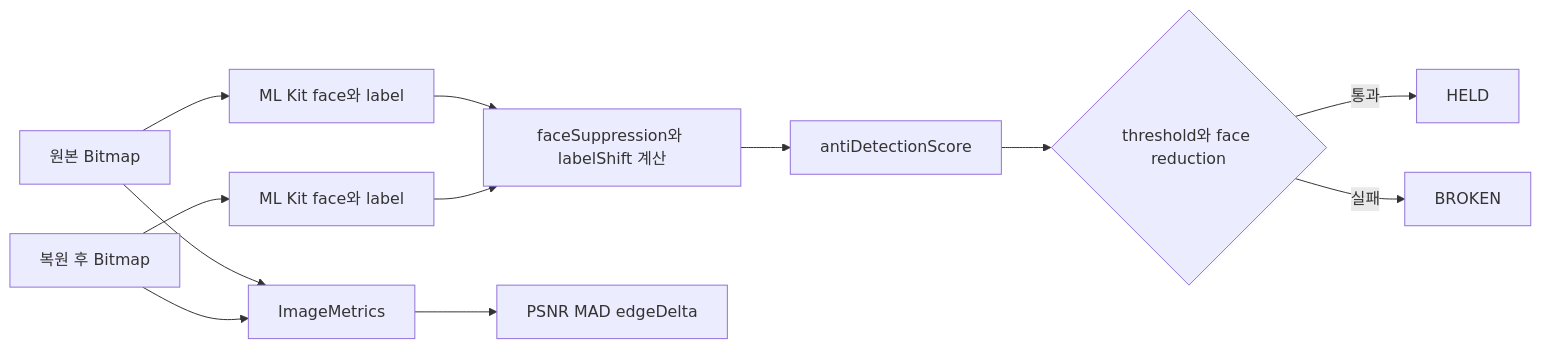
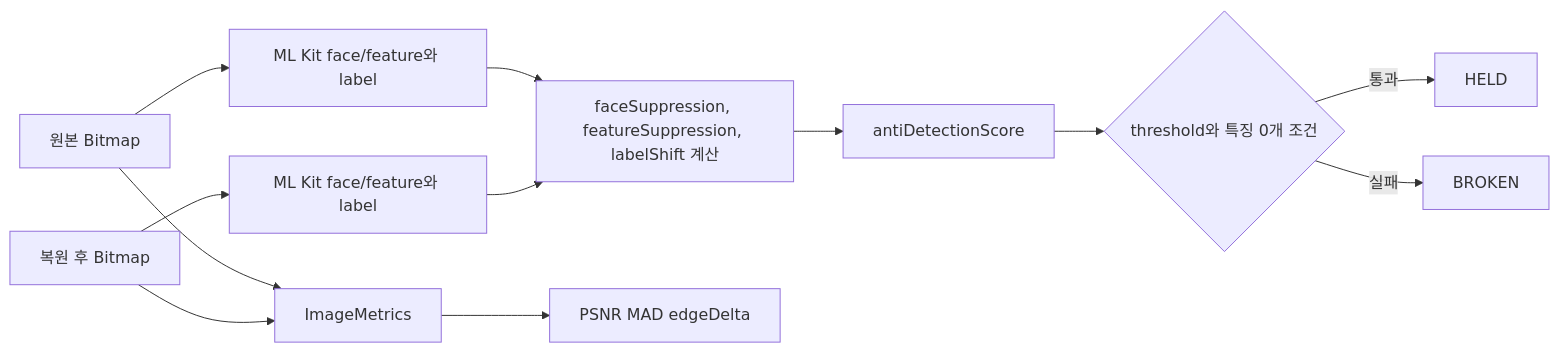
One commit to js4484821266/Haan-Ghil-Muulnaat changed the fourth of 6 diagrams in ABSORB.md. Above: the diagram before and after it, drawn with Mermaid. The commit also changed other lines of this file and 25 other files, not shown here.

````diff
--- a/ABSORB.md
+++ b/ABSORB.md
@@ -228,14 +229,14 @@
 ```mermaid
 flowchart LR
-    Original[원본 Bitmap] --> ML1[ML Kit face와 label]
-    Protected[복원 후 Bitmap] --> ML2[ML Kit face와 label]
-    ML1 --> Score[faceSuppression와 labelShift 계산]
+    Original[원본 Bitmap] --> ML1[ML Kit face/feature와 label]
+    Protected[복원 후 Bitmap] --> ML2[ML Kit face/feature와 label]
+    ML1 --> Score[faceSuppression, featureSuppression, labelShift 계산]
     ML2 --> Score
     Score --> Anti[antiDetectionScore]
-    Anti --> Decision{threshold와 face reduction}
+    Anti --> Decision{threshold와 특징 0개 조건}
     Decision -- 통과 --> Held[HELD]
     Decision -- 실패 --> Broken[BROKEN]
     Original --> Quality[ImageMetrics]
     Protected --> Quality
     Quality --> Metrics[PSNR MAD edgeDelta]
 ```
````
